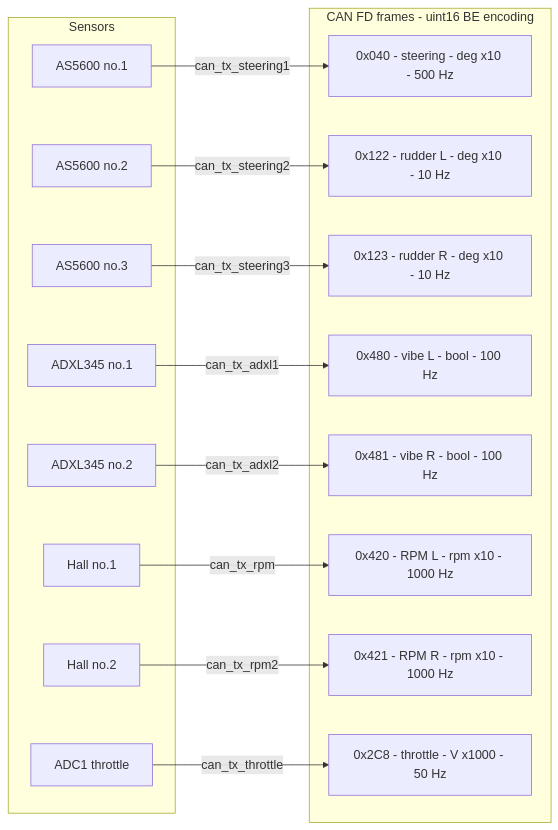
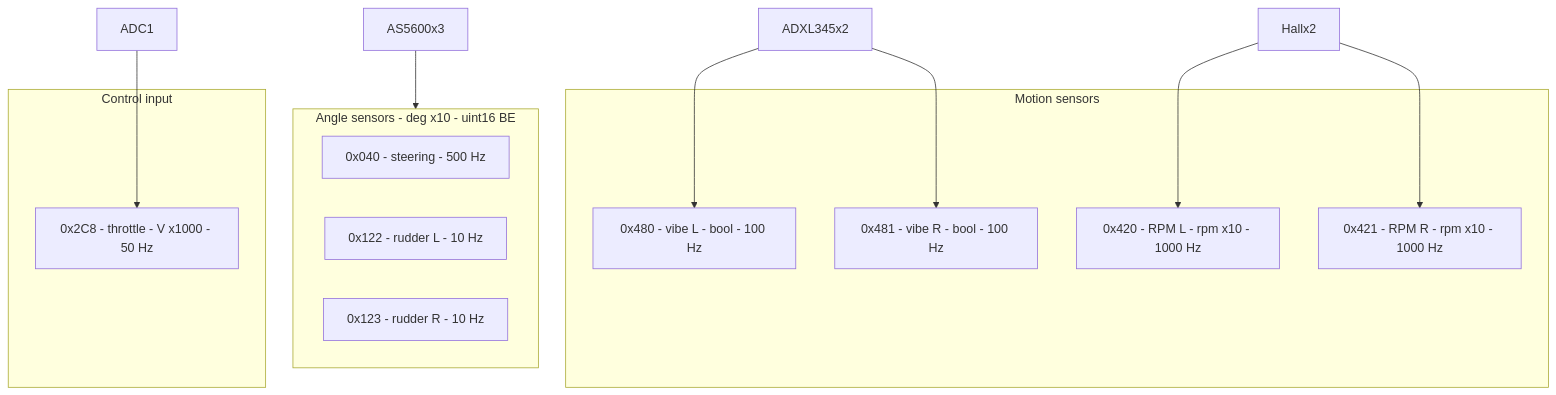
Before and after one commit to Cal-Poly-Pomona-Solar-Boat/CPPSolarBoat2025: the fourth of 8 diagrams in Node-Red-TestCode/danielCode/README.md, drawn with Mermaid. The commit also changed other lines of this file, not shown here.

````diff
--- a/Node-Red-TestCode/danielCode/README.md
+++ b/Node-Red-TestCode/danielCode/README.md
@@ -117,33 +98,21 @@
 ```mermaid
-graph LR
-    subgraph Sensors
-        S1[AS5600 no.1]
-        S2[AS5600 no.2]
-        S3[AS5600 no.3]
-        S4[ADXL345 no.1]
-        S5[ADXL345 no.2]
-        S6[Hall no.1]
-        S7[Hall no.2]
-        S8[ADC1 throttle]
+graph TD
+    subgraph Angle["Angle sensors - deg x10 - uint16 BE"]
+        F1[0x040 - steering - 500 Hz]
+        F2[0x122 - rudder L - 10 Hz]
+        F3[0x123 - rudder R - 10 Hz]
     end
-
-    subgraph Frames["CAN FD frames - uint16 BE encoding"]
-        F1["0x040 - steering - deg x10 - 500 Hz"]
-        F2["0x122 - rudder L - deg x10 - 10 Hz"]
-        F3["0x123 - rudder R - deg x10 - 10 Hz"]
-        F4["0x480 - vibe L - bool - 100 Hz"]
-        F5["0x481 - vibe R - bool - 100 Hz"]
-        F6["0x420 - RPM L - rpm x10 - 1000 Hz"]
-        F7["0x421 - RPM R - rpm x10 - 1000 Hz"]
-        F8["0x2C8 - throttle - V x1000 - 50 Hz"]
+    subgraph Motion["Motion sensors"]
+        F4[0x480 - vibe L - bool - 100 Hz]
+        F5[0x481 - vibe R - bool - 100 Hz]
+        F6[0x420 - RPM L - rpm x10 - 1000 Hz]
+        F7[0x421 - RPM R - rpm x10 - 1000 Hz]
     end
-
-    S1 -->|can_tx_steering1| F1
-    S2 -->|can_tx_steering2| F2
-    S3 -->|can_tx_steering3| F3
-    S4 -->|can_tx_adxl1| F4
-    S5 -->|can_tx_adxl2| F5
-    S6 -->|can_tx_rpm| F6
-    S7 -->|can_tx_rpm2| F7
-    S8 -->|can_tx_throttle| F8
+    subgraph Control["Control input"]
+        F8[0x2C8 - throttle - V x1000 - 50 Hz]
+    end
+    AS5600x3 --> Angle
+    ADXL345x2 --> F4 & F5
+    Hallx2 --> F6 & F7
+    ADC1 --> F8
 ```
````
